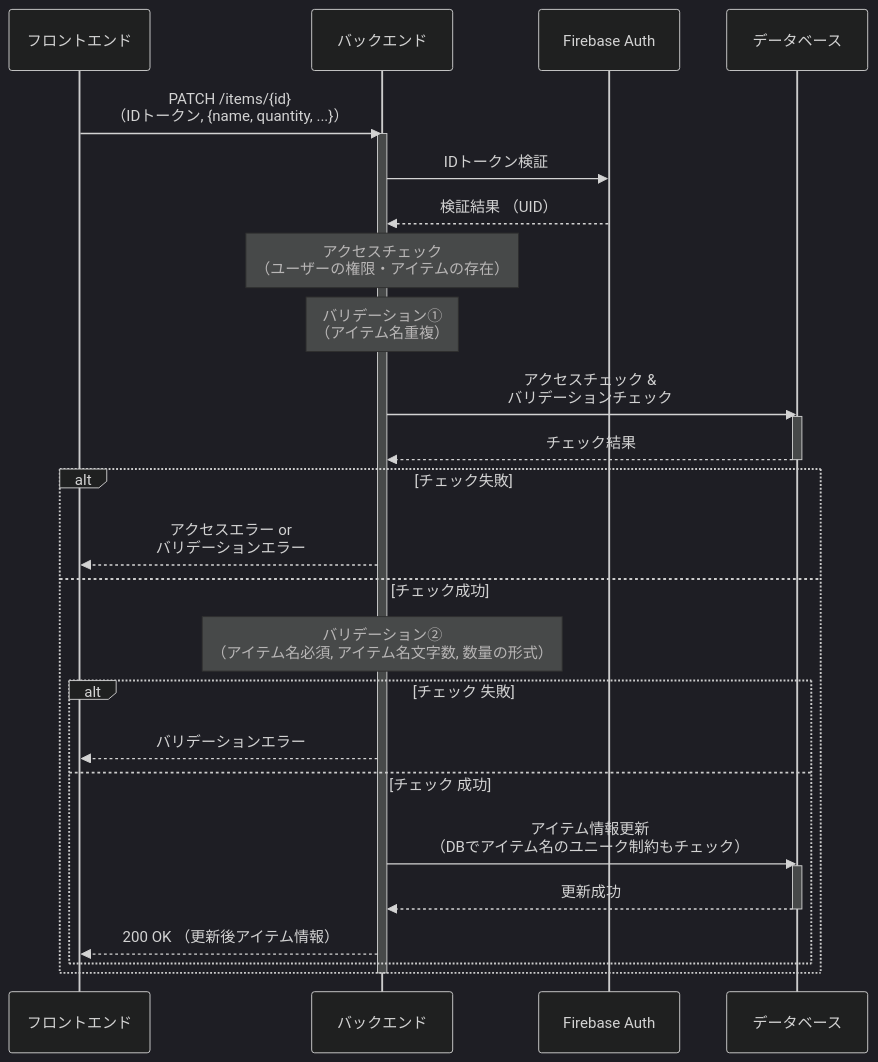
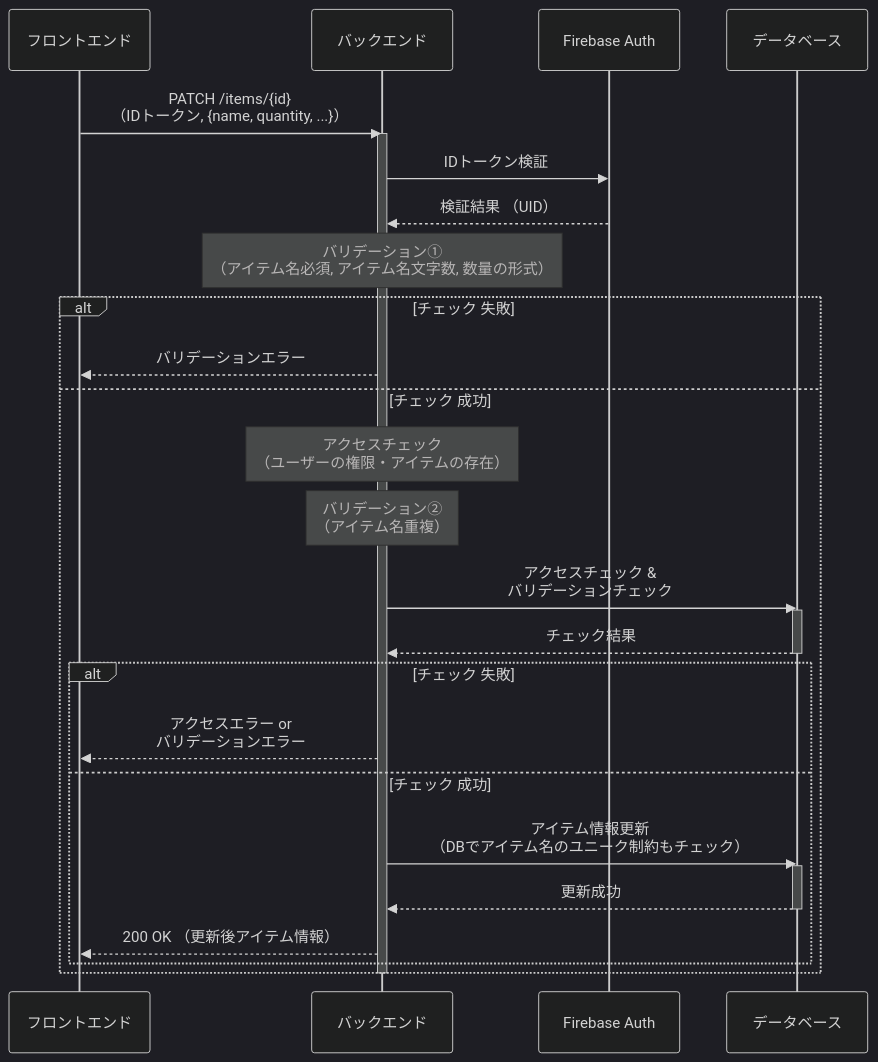
One commit to miki-hayashi-71/inventory-api changed the eighth of 9 diagrams in doc/seaquence.md. Above: the diagram before and after it, drawn with Mermaid (dark theme). The commit also changed other lines of this file, not shown here.

Commit message:
docs: Update sequence diagram

````diff
--- a/doc/seaquence.md
+++ b/doc/seaquence.md
@@ -241,36 +241,38 @@
 ```mermaid
 sequenceDiagram
     participant フロントエンド
     participant バックエンド
     participant Firebase Auth
     participant データベース
 
     フロントエンド->>バックエンド: PATCH /items/{id} <br> （IDトークン, {name, quantity, ...}）
     activate バックエンド
     バックエンド->>Firebase Auth: IDトークン検証
     Firebase Auth-->>バックエンド: 検証結果 （UID）
+    
+    note over バックエンド: バリデーション① <br>（アイテム名必須, アイテム名文字数, 数量の形式）
 
-    note over バックエンド: アクセスチェック <br>（ユーザーの権限・アイテムの存在）
-    note over バックエンド: バリデーション① <br>（アイテム名重複）
-    バックエンド->>データベース: アクセスチェック &<br>バリデーションチェック
-    activate データベース
-    データベース-->>バックエンド: チェック結果
-    deactivate データベース
+    alt チェック 失敗
+        バックエンド-->>フロントエンド: バリデーションエラー
+    else チェック 成功
+        note over バックエンド: アクセスチェック <br>（ユーザーの権限・アイテムの存在）
+        note over バックエンド: バリデーション② <br>（アイテム名重複）
+        バックエンド->>データベース: アクセスチェック &<br>バリデーションチェック
+        activate データベース
+        データベース-->>バックエンド: チェック結果
+        deactivate データベース
 
-    alt チェック失敗
-        バックエンド-->>フロントエンド: アクセスエラー or<br>バリデーションエラー
-    else チェック成功
-        note over バックエンド: バリデーション② <br>（アイテム名必須, アイテム名文字数, 数量の形式）
+        alt チェック 失敗
+            バックエンド-->>フロントエンド: アクセスエラー or<br>バリデーションエラー
+        else チェック 成功
         
-        alt チェック 失敗
-            バックエンド-->>フロントエンド: バリデーションエラー
-        else チェック 成功
+
             バックエンド->>データベース: アイテム情報更新 <br>（DBでアイテム名のユニーク制約もチェック）
             activate データベース
             データベース-->>バックエンド: 更新成功
             deactivate データベース
             バックエンド-->>フロントエンド: 200 OK （更新後アイテム情報）
         end
     end
     deactivate バックエンド
 ```
````
